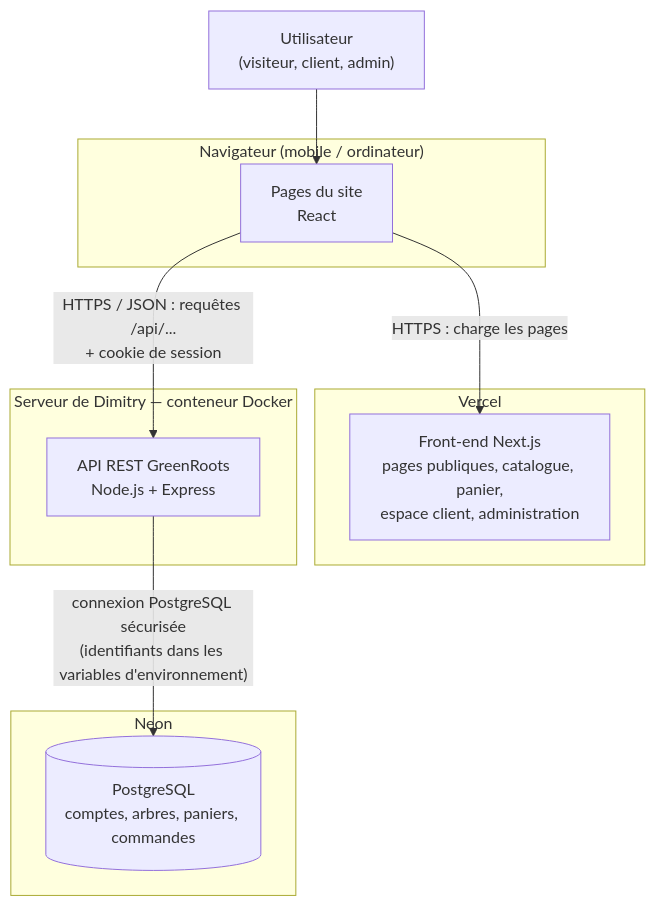
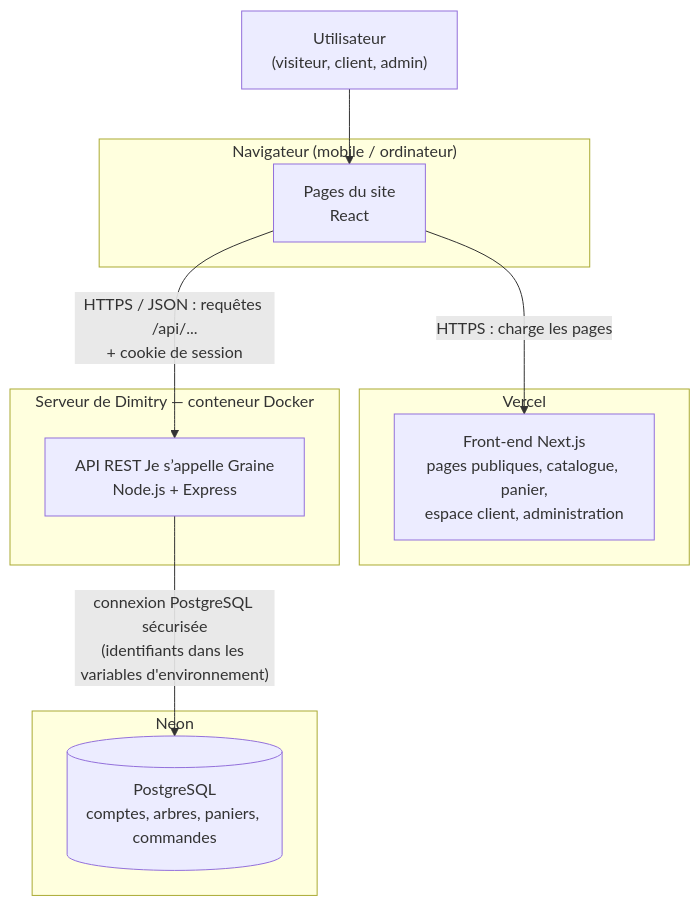
One commit to DimitryDereppe/je-s-appelle-graine changed the first of 3 diagrams in docs/conception/diagrammes/01-architecture.md. Above: the diagram before and after it, drawn with Mermaid. The commit also changed other lines of this file and 17 other files, not shown here.

Commit message:
docs: remplacement de GreenRoots par « Je s’appelle Graine » dans le contenu des fichiers

````diff
--- a/docs/conception/diagrammes/01-architecture.md
+++ b/docs/conception/diagrammes/01-architecture.md
@@ -11,25 +11,25 @@
 ```mermaid
 flowchart TB
     U["Utilisateur<br/>(visiteur, client, admin)"]
 
     subgraph NAV["Navigateur (mobile / ordinateur)"]
         P["Pages du site<br/>React"]
     end
 
     subgraph VERCEL["Vercel"]
         F["Front-end Next.js<br/>pages publiques, catalogue, panier,<br/>espace client, administration"]
     end
 
     subgraph SERVEUR["Serveur de Dimitry — conteneur Docker"]
-        API["API REST GreenRoots<br/>Node.js + Express"]
+        API["API REST Je s’appelle Graine<br/>Node.js + Express"]
     end
 
     subgraph NEON["Neon"]
         DB[("PostgreSQL<br/>comptes, arbres, paniers, commandes")]
     end
 
     U --> P
     P -- "HTTPS : charge les pages" --> F
     P -- "HTTPS / JSON : requêtes /api/...<br/>+ cookie de session" --> API
     API -- "connexion PostgreSQL sécurisée<br/>(identifiants dans les variables d'environnement)" --> DB
 ```
````
